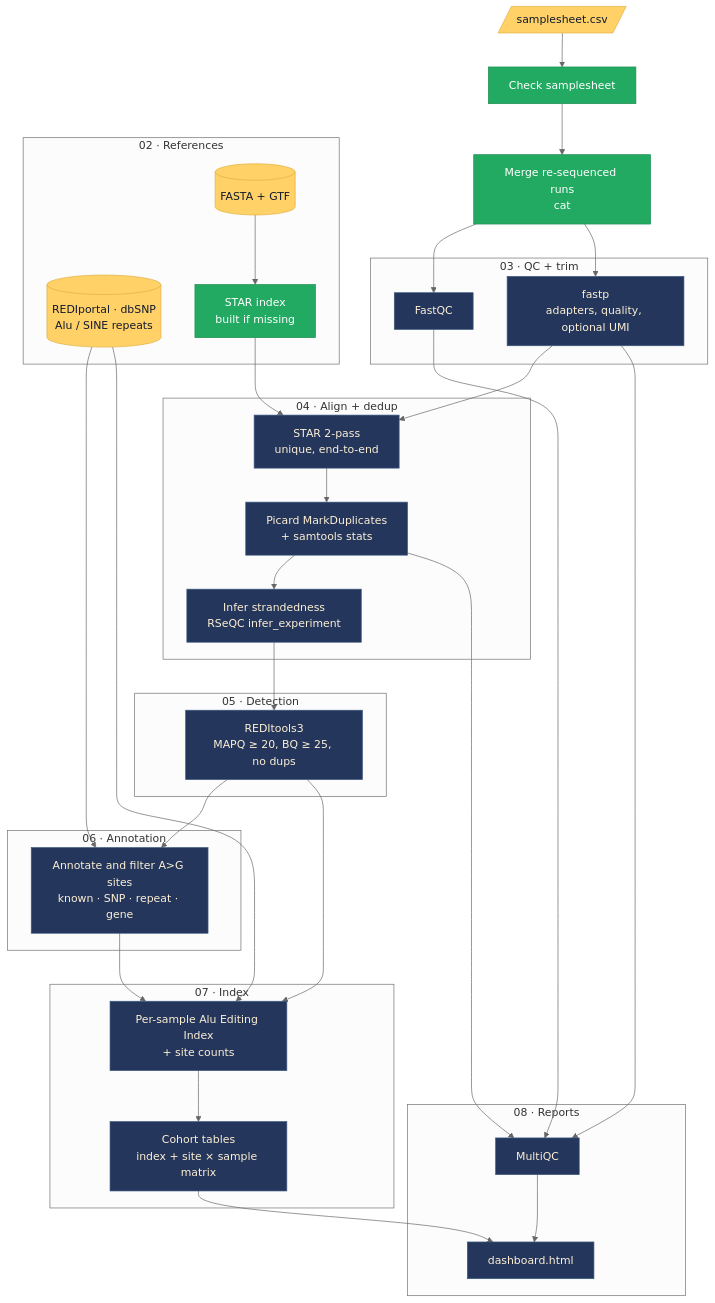
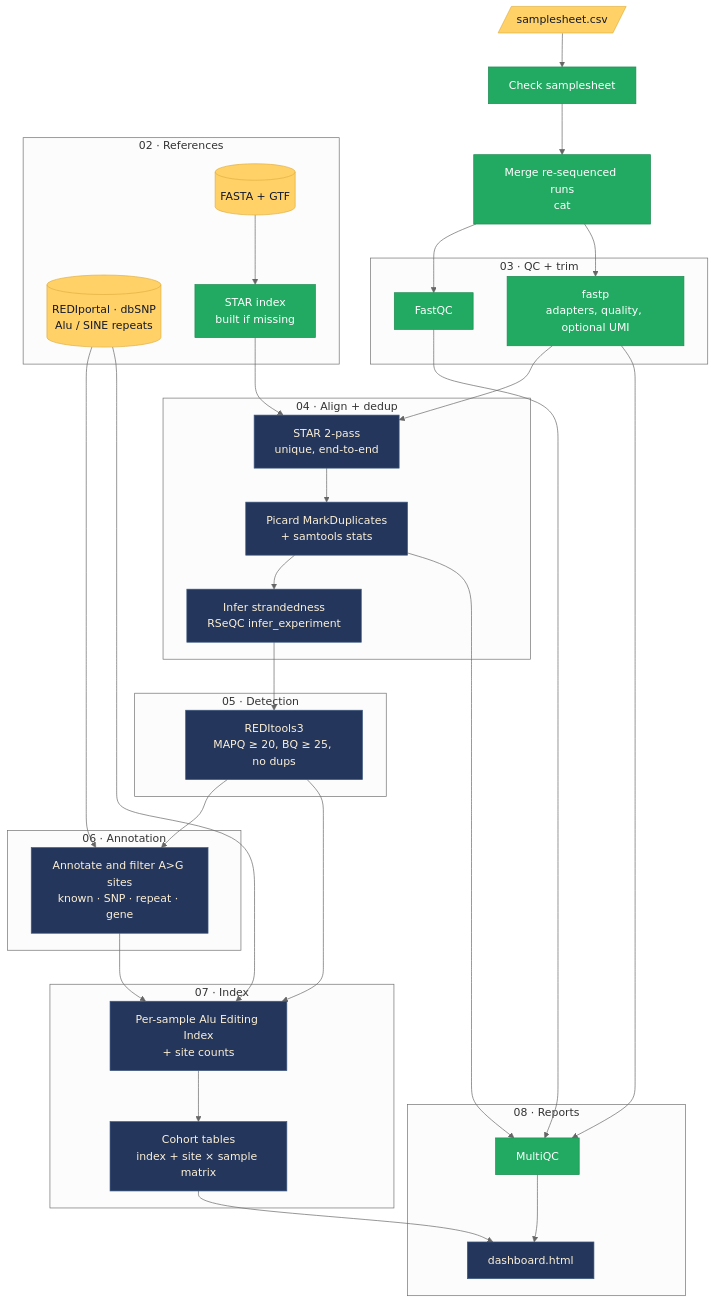
Before and after one commit to bioinfo-fiend/adarable: the diagram in README.md, drawn with Mermaid (neutral theme). The commit also changed other lines of this file and 7 other files, not shown here.

````diff
--- a/README.md
+++ b/README.md
@@ -19,64 +19,64 @@
 ```mermaid
 flowchart TD
     sheet[/"samplesheet.csv"/] --> check["Check samplesheet"]
     check --> cat["Merge re-sequenced runs<br/>cat"]
 
     subgraph qc ["03 · QC + trim"]
         fastqc["FastQC"]
         fastp["fastp<br/>adapters, quality, optional UMI"]
     end
     cat --> fastqc
     cat --> fastp
 
     subgraph refs ["02 · References"]
         fasta[("FASTA + GTF")]
         known[("REDIportal · dbSNP<br/>Alu / SINE repeats")]
         index["STAR index<br/>built if missing"]
     end
     fasta --> index
 
     subgraph align ["04 · Align + dedup"]
         star["STAR 2-pass<br/>unique, end-to-end"]
         markdup["Picard MarkDuplicates<br/>+ samtools stats"]
         strand["Infer strandedness<br/>RSeQC infer_experiment"]
     end
     fastp --> star
     index --> star
     star --> markdup --> strand
 
     subgraph detect ["05 · Detection"]
         redi["REDItools3<br/>MAPQ ≥ 20, BQ ≥ 25, no dups"]
     end
     strand --> redi
 
     subgraph annot ["06 · Annotation"]
         ann["Annotate and filter A>G sites<br/>known · SNP · repeat · gene"]
     end
     redi --> ann
     known --> ann
 
     subgraph index_ ["07 · Index"]
         aei["Per-sample Alu Editing Index<br/>+ site counts"]
         cohort["Cohort tables<br/>index + site × sample matrix"]
     end
     redi --> aei
     known --> aei
     ann --> aei --> cohort
 
     subgraph report ["08 · Reports"]
         mqc["MultiQC"]
         dash["dashboard.html"]
     end
     fastqc --> mqc
     fastp --> mqc
     markdup --> mqc
     cohort --> dash
     mqc --> dash
 
     classDef done fill:#23aa62,stroke:#1b8a4f,color:#fff
     classDef todo fill:#24365c,stroke:#3d5a80,color:#fdf0d5
     classDef data fill:#ffd166,stroke:#e0b040,color:#11192e
-    class check,cat,index done
-    class fastqc,fastp,star,markdup,strand,redi,ann,aei,cohort,mqc,dash todo
+    class check,cat,index,fastqc,fastp,mqc done
+    class star,markdup,strand,redi,ann,aei,cohort,dash todo
     class sheet,fasta,known data
 ```
````
